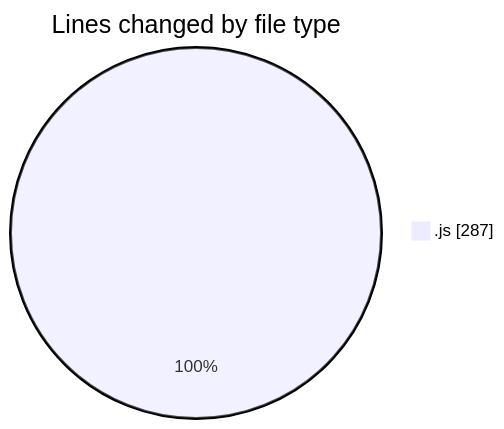
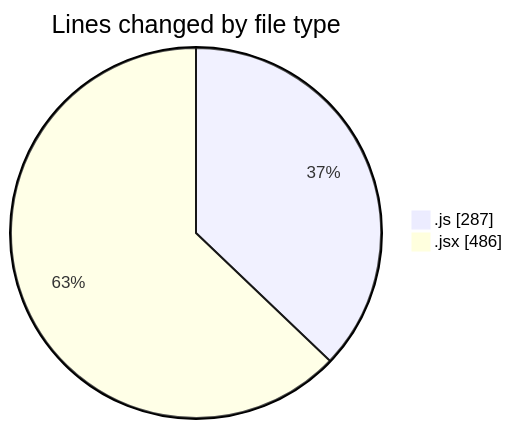
Before and after one commit to nxtqubesakshisongat/code-tracking: the first of 2 diagrams in 2025-07-27/nxtqube_webapp/README.md, drawn with Mermaid. The commit also changed other lines of this file and 1 other file, not shown here.

````diff
--- a/2025-07-27/nxtqube_webapp/README.md
+++ b/2025-07-27/nxtqube_webapp/README.md
@@ -20,5 +21,6 @@
 ```mermaid
 pie showData
 title Lines changed by file type
 ".js" : 287
+".jsx" : 486
 ```
````
